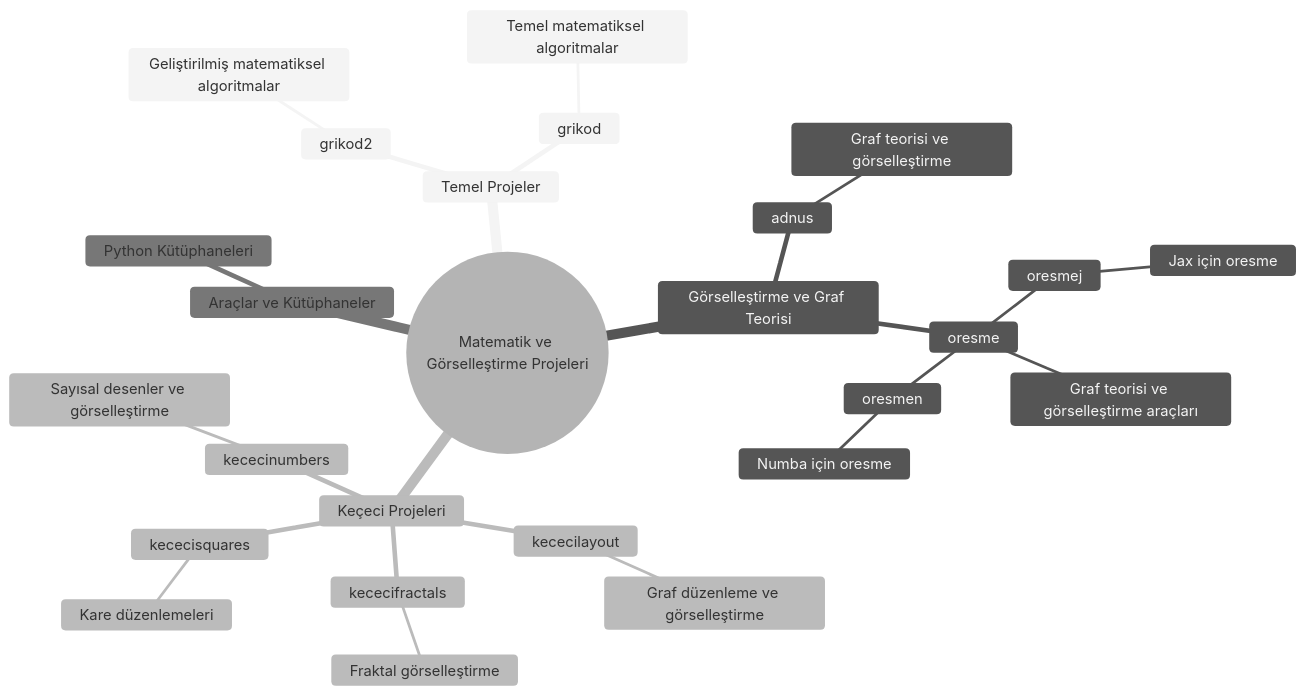
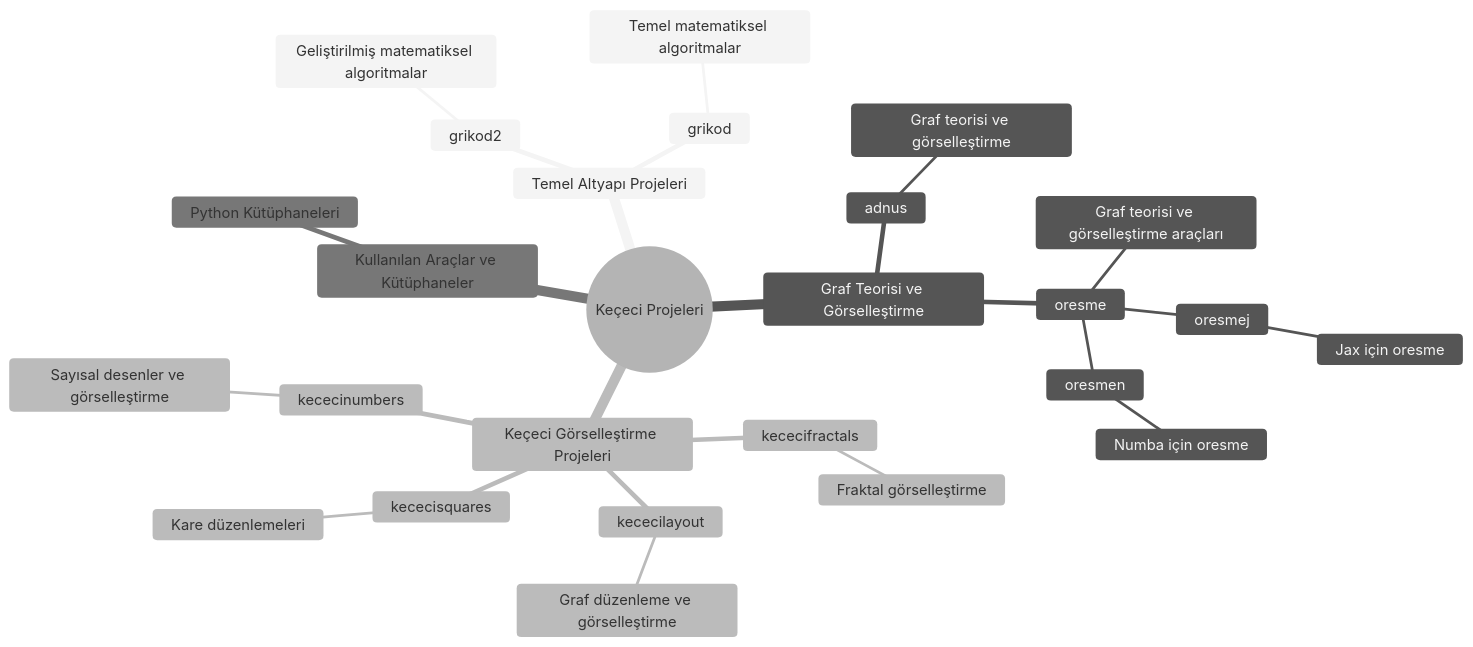
The second of 2 diagrams in README.md (WhiteSymmetry/WhiteSymmetry), drawn with Mermaid (neutral theme) before and after one commit.

````diff
--- a/README.md
+++ b/README.md
@@ -71,41 +71,40 @@
 ```mermaid
 mindmap
-  root((Matematik ve Görselleştirme Projeleri))
-    Temel Projeler
+  root((Keçeci Projeleri))
+    Temel Altyapı Projeleri
       grikod
         ::icon(fa fa-code)
         Temel matematiksel algoritmalar
       grikod2
         ::icon(fa fa-code)
         Geliştirilmiş matematiksel algoritmalar
-    Görselleştirme ve Graf Teorisi
+    Graf Teorisi ve Görselleştirme
       adnus
         ::icon(fa fa-project-diagram)
         Graf teorisi ve görselleştirme
       oresme
         ::icon(fa fa-project-diagram)
         Graf teorisi ve görselleştirme araçları
         oresmej
           ::icon(fa fa-code-branch)
           Jax için oresme
         oresmen
           ::icon(fa fa-code-branch)
           Numba için oresme
-    Keçeci Projeleri
+    Keçeci Görselleştirme Projeleri
       kececilayout
         ::icon(fa fa-sitemap)
         Graf düzenleme ve görselleştirme
       kececifractals
         ::icon(fa fa-infinity)
         Fraktal görselleştirme
       kececisquares
         ::icon(fa fa-th)
         Kare düzenlemeleri
       kececinumbers
         ::icon(fa fa-sort-numeric-down)
         Sayısal desenler ve görselleştirme
-    Araçlar ve Kütüphaneler
+    Kullanılan Araçlar ve Kütüphaneler
       ::icon(fa fa-tools)
       Python Kütüphaneleri
- 
 ```
````
